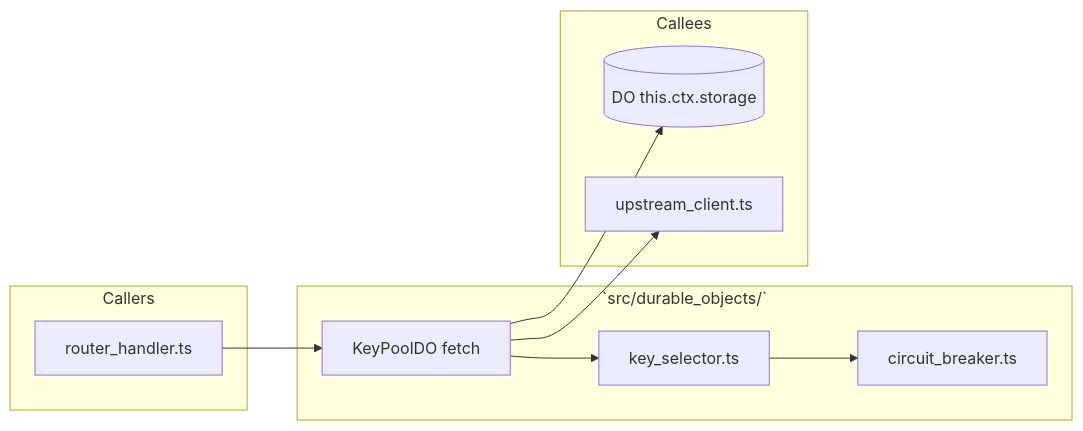
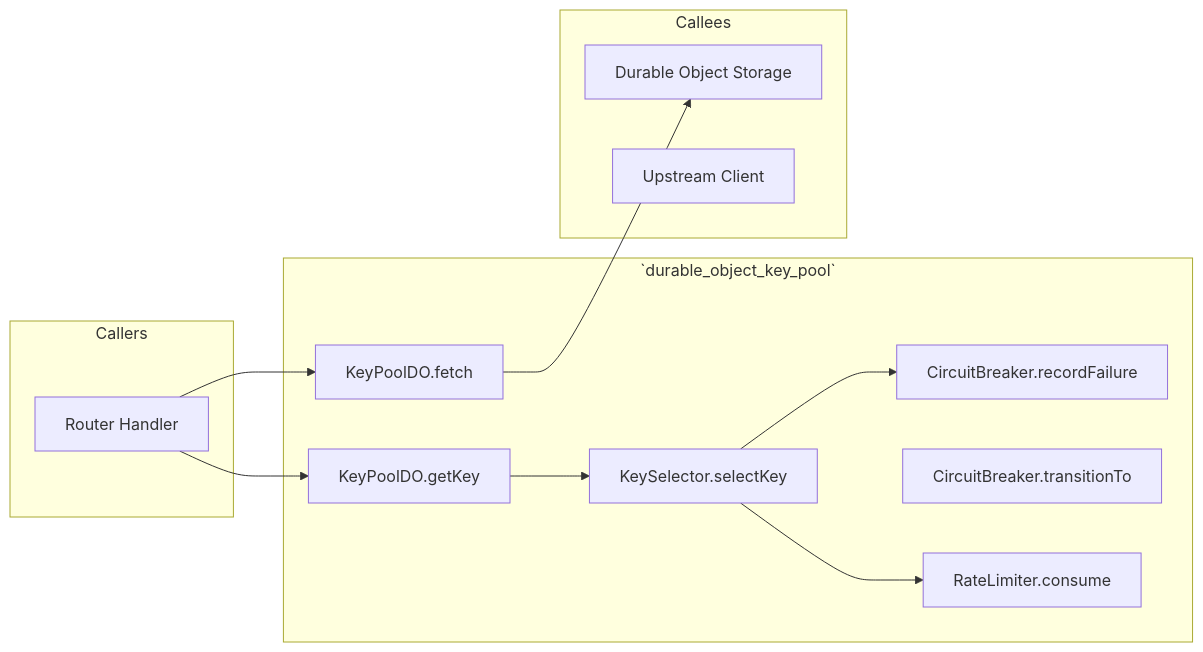
Before and after one commit to Axe-08/Key-Collective: the first of 3 diagrams in docs/codeflow/durable_object_key_pool_cfg.md, drawn with Mermaid. The commit also changed other lines of this file and 18 other files, not shown here.

````diff
--- a/docs/codeflow/durable_object_key_pool_cfg.md
+++ b/docs/codeflow/durable_object_key_pool_cfg.md
@@ -18,20 +18,25 @@
 ```mermaid
 graph LR
     subgraph Callers
-        RouterHandler[router_handler.ts]
+        RouterHandler[Router Handler]
     end
-    subgraph `src/durable_objects/`
-        KeyPoolDO[KeyPoolDO fetch]
-        KeySelector[key_selector.ts]
-        CircuitBreaker[circuit_breaker.ts]
+    subgraph `durable_object_key_pool`
+        KeyPoolDO_fetch[KeyPoolDO.fetch]
+        KeyPoolDO_getKey[KeyPoolDO.getKey]
+        CircuitBreaker_recordFailure[CircuitBreaker.recordFailure]
+        CircuitBreaker_transitionTo[CircuitBreaker.transitionTo]
+        KeySelector_selectKey[KeySelector.selectKey]
+        RateLimiter_consume[RateLimiter.consume]
     end
     subgraph Callees
-        DOStorage[(DO this.ctx.storage)]
-        UpstreamProxy[upstream_client.ts]
+        DO_Storage[Durable Object Storage]
+        UpstreamClient[Upstream Client]
     end
-    RouterHandler --> KeyPoolDO
-    KeyPoolDO --> DOStorage
-    KeyPoolDO --> KeySelector
-    KeySelector --> CircuitBreaker
-    KeyPoolDO --> UpstreamProxy
+
+    RouterHandler --> KeyPoolDO_fetch
+    RouterHandler --> KeyPoolDO_getKey
+    KeyPoolDO_getKey --> KeySelector_selectKey
+    KeySelector_selectKey --> RateLimiter_consume
+    KeySelector_selectKey --> CircuitBreaker_recordFailure
+    KeyPoolDO_fetch --> DO_Storage
 ```
````
